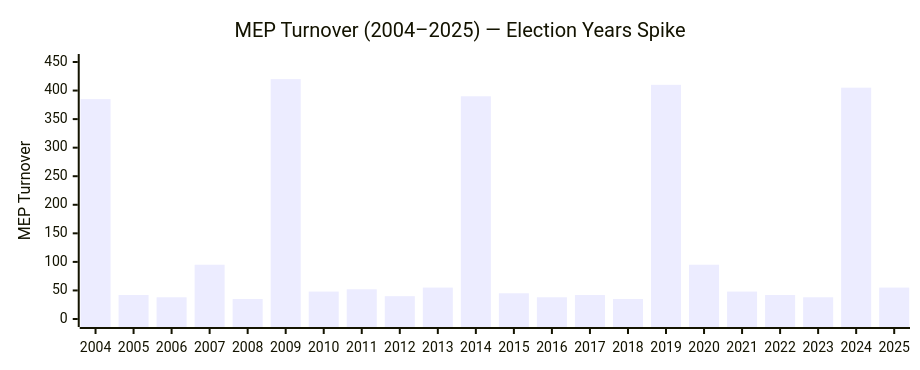
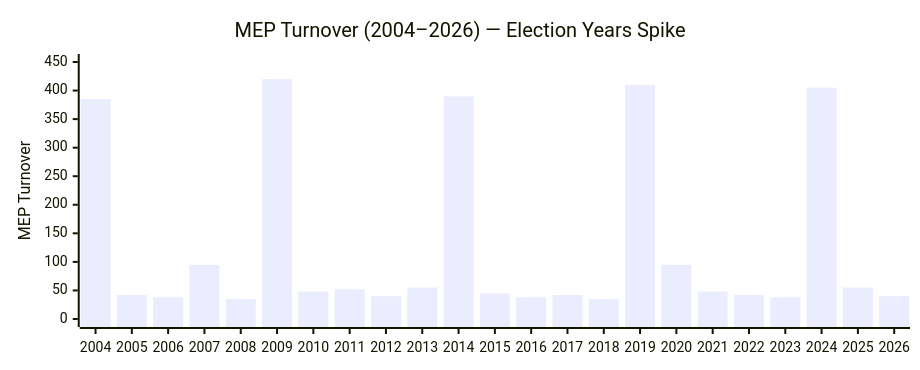
Diagram 20 of 21 in api-markdown/_media/EP_POLITICAL_LANDSCAPE.md (Hack23/European-Parliament-MCP-Server), drawn with Mermaid before and after one commit. The commit also changed other lines of this file and 1437 other files, not shown here.

````diff
--- a/api-markdown/_media/EP_POLITICAL_LANDSCAPE.md
+++ b/api-markdown/_media/EP_POLITICAL_LANDSCAPE.md
@@ -503,13 +505,13 @@
 ```mermaid
 ---
 config:
   xyChart:
     width: 900
     height: 350
 ---
 xychart-beta
-    title "MEP Turnover (2004–2025) — Election Years Spike"
-    x-axis [2004, 2005, 2006, 2007, 2008, 2009, 2010, 2011, 2012, 2013, 2014, 2015, 2016, 2017, 2018, 2019, 2020, 2021, 2022, 2023, 2024, 2025]
+    title "MEP Turnover (2004–2026) — Election Years Spike"
+    x-axis [2004, 2005, 2006, 2007, 2008, 2009, 2010, 2011, 2012, 2013, 2014, 2015, 2016, 2017, 2018, 2019, 2020, 2021, 2022, 2023, 2024, 2025, 2026]
     y-axis "MEP Turnover" 0 --> 450
-    bar [385, 42, 38, 95, 35, 420, 48, 52, 40, 55, 390, 45, 38, 42, 35, 410, 95, 48, 42, 38, 405, 55]
+    bar [385, 42, 38, 95, 35, 420, 48, 52, 40, 55, 390, 45, 38, 42, 35, 410, 95, 48, 42, 38, 405, 55, 40]
 ```
````
